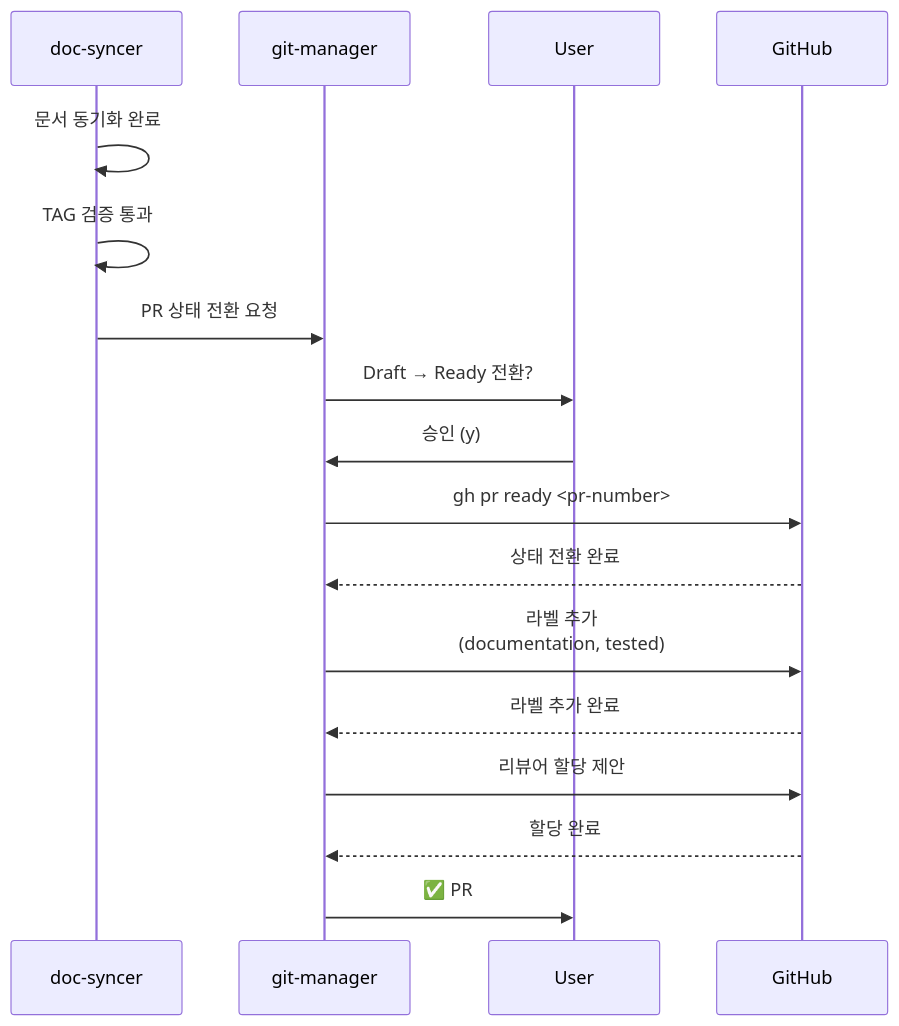
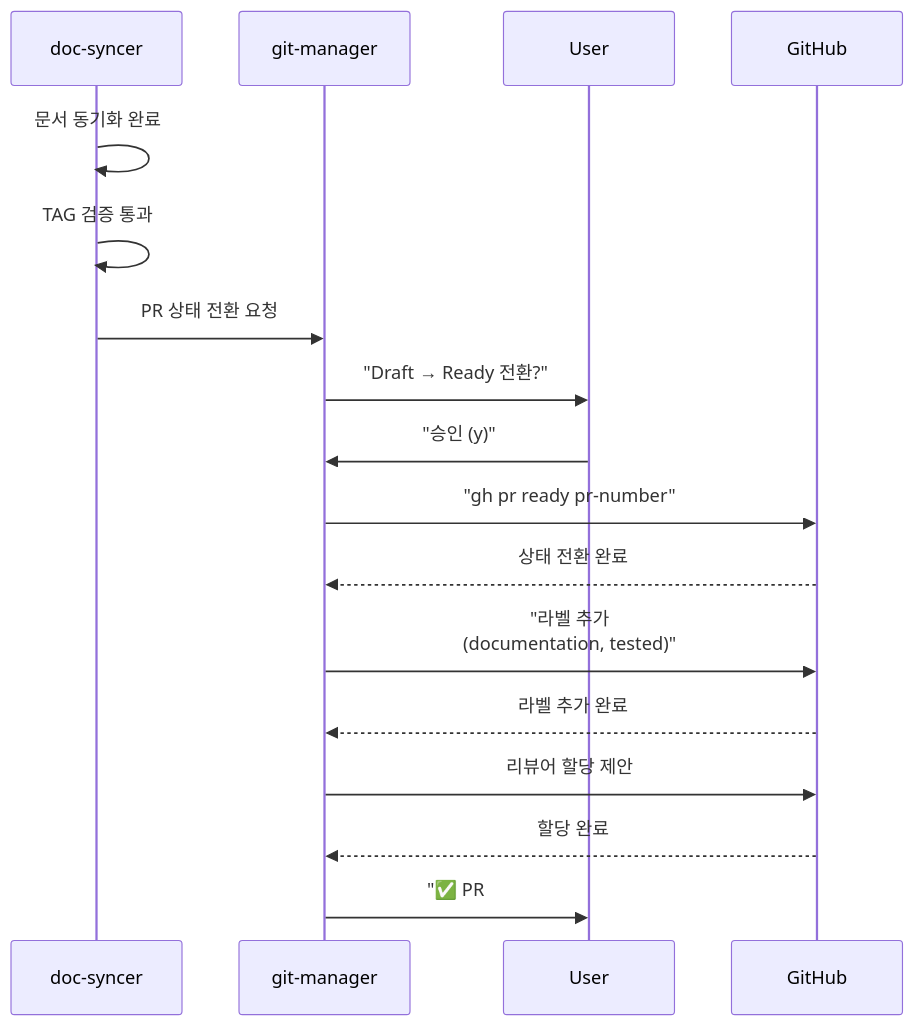
Before and after one commit to modu-ai/moai-adk: the fifth of 6 diagrams in docs/claude/agents/git-manager.md, drawn with Mermaid. The commit also changed other lines of this file and 19 other files, not shown here.

First line of the commit message:
🎨 fix: docs 전체 Mermaid 다이어그램 특수문자 오류 수정 (19개 파일)

````diff
--- a/docs/claude/agents/git-manager.md
+++ b/docs/claude/agents/git-manager.md
@@ -346,26 +346,26 @@
 ```mermaid
 sequenceDiagram
     participant DS as doc-syncer
     participant GM as git-manager
     participant User
     participant GitHub
 
     DS->>DS: 문서 동기화 완료
     DS->>DS: TAG 검증 통과
 
     DS->>GM: PR 상태 전환 요청
-    GM->>User: Draft → Ready 전환?
+    GM->>User: "Draft → Ready 전환?"
 
-    User->>GM: 승인 (y)
+    User->>GM: "승인 (y)"
 
-    GM->>GitHub: gh pr ready <pr-number>
+    GM->>GitHub: "gh pr ready pr-number"
     GitHub-->>GM: 상태 전환 완료
 
-    GM->>GitHub: 라벨 추가<br/>(documentation, tested)
+    GM->>GitHub: "라벨 추가<br/>(documentation, tested)"
     GitHub-->>GM: 라벨 추가 완료
 
     GM->>GitHub: 리뷰어 할당 제안
     GitHub-->>GM: 할당 완료
 
-    GM->>User: ✅ PR #45 Ready for Review
+    GM->>User: "✅ PR #45 Ready for Review"
 ```
````
